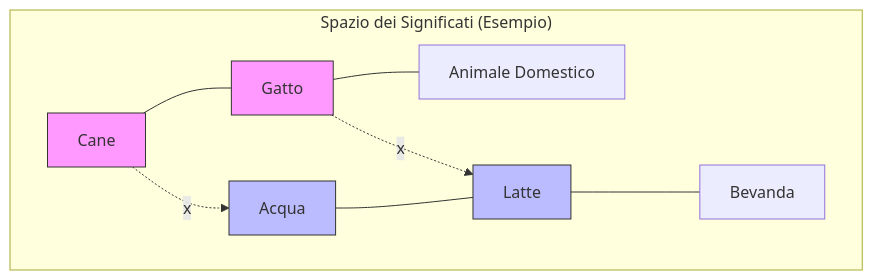
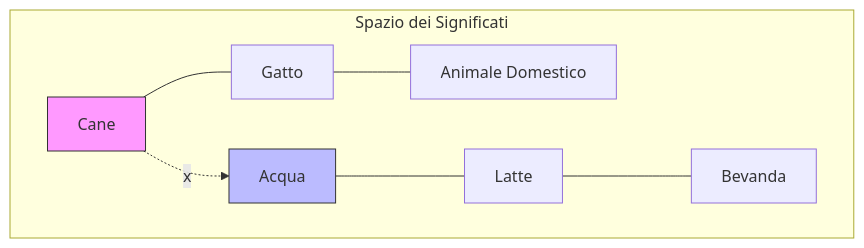
The diagram in docs/06_rag_vector_search.md (paparesta-007/progetto-maturita), drawn with Mermaid before and after one commit. The commit also changed other lines of this file and 1 other file, not shown here.

Commit message:
docs: rewrite RAG and Calendar integration chapters with detailed technical explanations and diagrams

````diff
--- a/docs/06_rag_vector_search.md
+++ b/docs/06_rag_vector_search.md
@@ -18,18 +36,12 @@
 ```mermaid
 graph TD
-    subgraph "Spazio dei Significati (Esempio)"
+    subgraph "Spazio dei Significati"
     A[Cane] --- B[Gatto]
     B --- C[Animale Domestico]
-    
     D[Acqua] --- E[Latte]
     E --- F[Bevanda]
-    
     A -. x .-> D
-    B -. x .-> E
     end
-    
     style A fill:#f9f,stroke:#333
-    style B fill:#f9f,stroke:#333
     style D fill:#bbf,stroke:#333
-    style E fill:#bbf,stroke:#333
 ```
````
